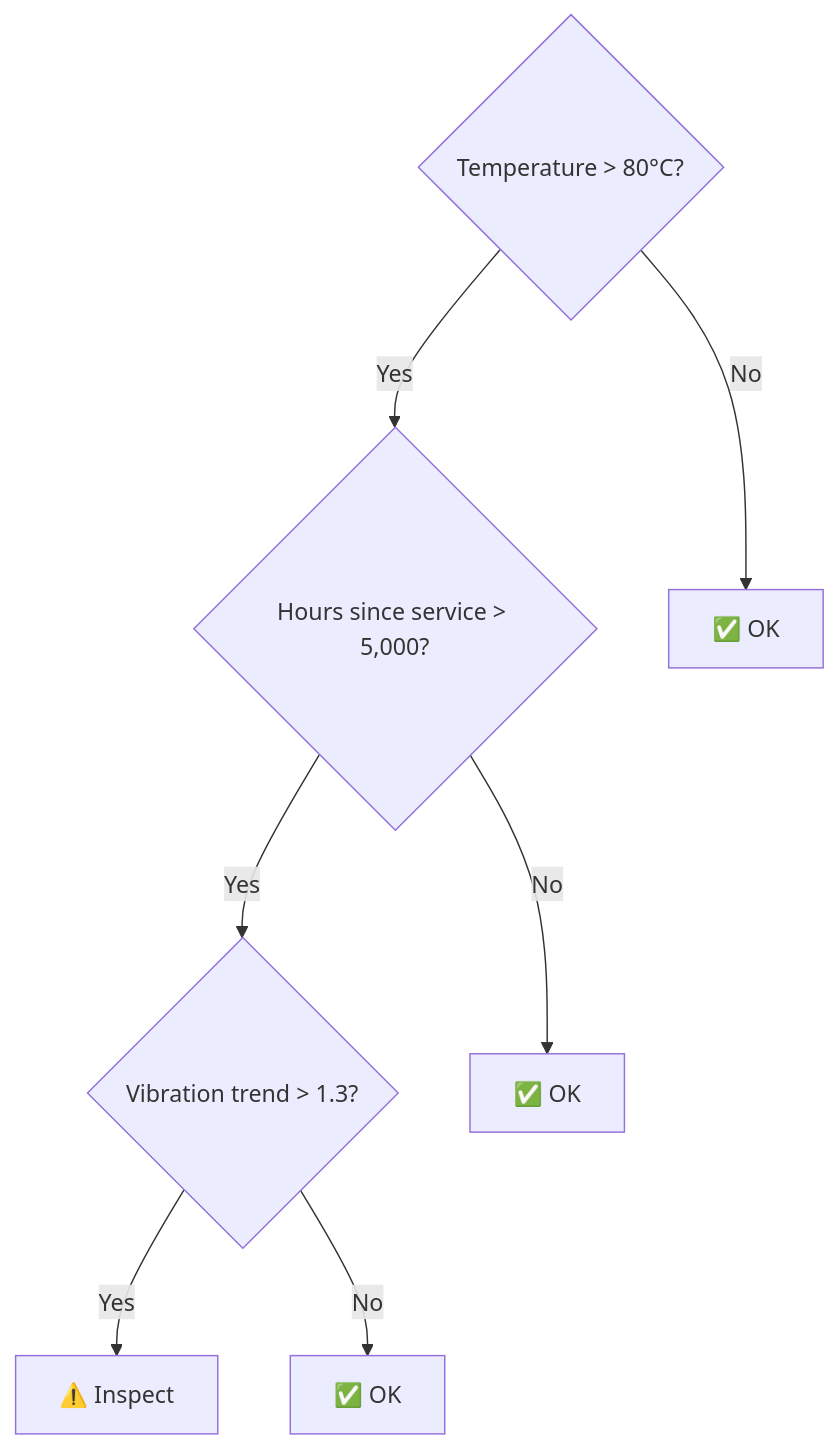
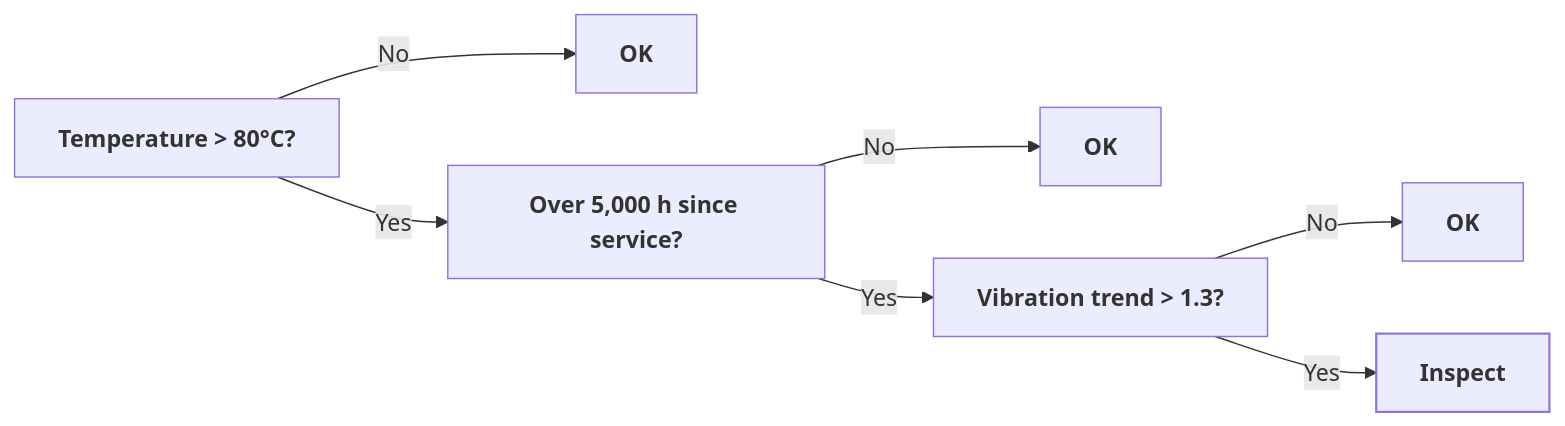
One commit to shaokiat/shaokiat-blog changed the second of 2 diagrams in docs/data-science/supervised/classification.md. Above: the diagram before and after it, drawn with Mermaid. The commit also changed other lines of this file and 41 other files, not shown here.

````diff
--- a/docs/data-science/supervised/classification.md
+++ b/docs/data-science/supervised/classification.md
@@ -176,10 +150,12 @@
 ```mermaid
-graph TD
-    A{"Temperature > 80°C?"}
-    A -->|Yes| B{"Hours since service > 5,000?"}
-    A -->|No| C["✅ OK"]
-    B -->|Yes| D{"Vibration trend > 1.3?"}
-    B -->|No| E["✅ OK"]
-    D -->|Yes| F["⚠️ Inspect"]
-    D -->|No| G["✅ OK"]
+flowchart LR
+    A["<b>Temperature > 80°C?</b>"] -->|No| C["<b>OK</b>"]
+    A -->|Yes| B["<b>Over 5,000 h since service?</b>"]
+    B -->|No| E["<b>OK</b>"]
+    B -->|Yes| D["<b>Vibration trend > 1.3?</b>"]
+    D -->|No| G["<b>OK</b>"]
+    D -->|Yes| F["<b>Inspect</b>"]
+
+    classDef accent stroke-width:1.5px
+    class F accent
 ```
````
